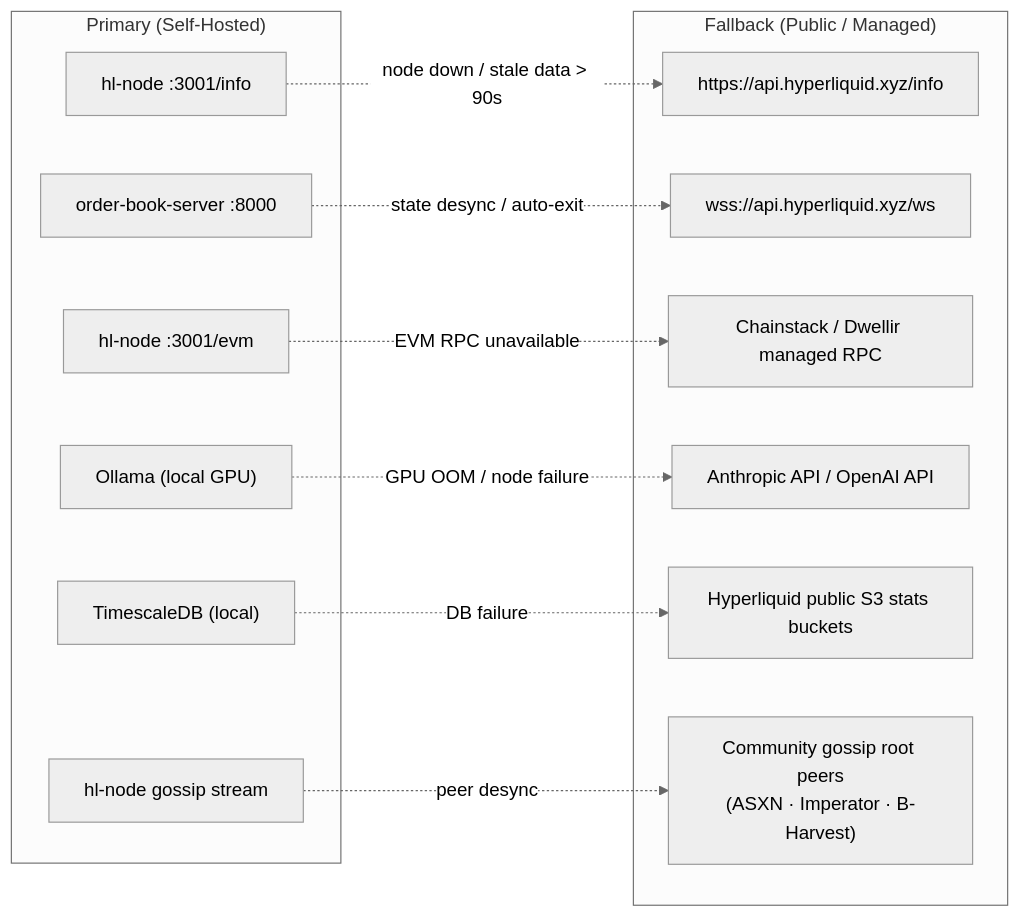
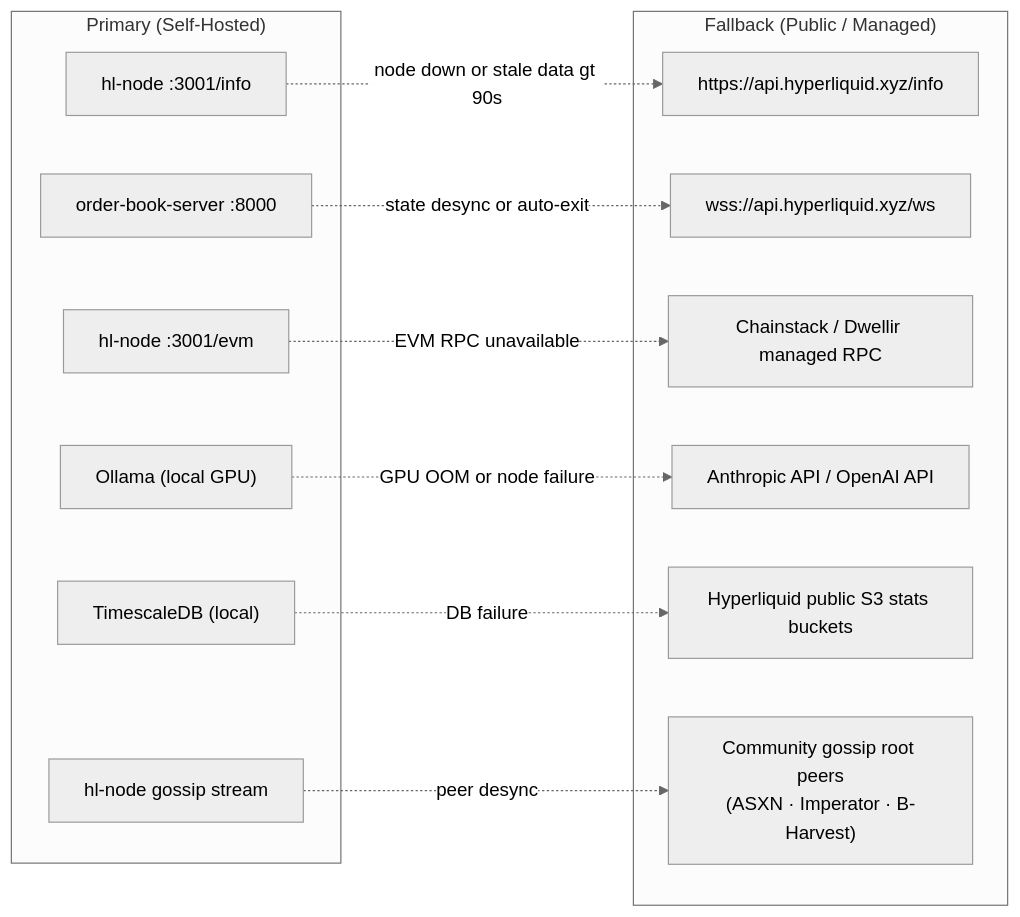
One commit to enuno/hyperliquid-trading-firm changed the ninth of 12 diagrams in docs/APP_INFRASTRUCTURE.md. Above: the diagram before and after it, drawn with Mermaid (neutral theme). The commit also changed other lines of this file, not shown here.

First line of the commit message:
fix: resolve Mermaid rendering errors in 8 diagrams

````diff
--- a/docs/APP_INFRASTRUCTURE.md
+++ b/docs/APP_INFRASTRUCTURE.md
@@ -626,27 +670,27 @@
 ```mermaid
 flowchart LR
     subgraph LOCAL["Primary (Self-Hosted)"]
         L1["hl-node :3001/info"]
         L2["order-book-server :8000"]
         L3["hl-node :3001/evm"]
         L4["Ollama (local GPU)"]
         L5["TimescaleDB (local)"]
         L6["hl-node gossip stream"]
     end
 
     subgraph FALLBACK["Fallback (Public / Managed)"]
         F1["https://api.hyperliquid.xyz/info"]
         F2["wss://api.hyperliquid.xyz/ws"]
         F3["Chainstack / Dwellir managed RPC"]
         F4["Anthropic API / OpenAI API"]
         F5["Hyperliquid public S3 stats buckets"]
         F6["Community gossip root peers\n(ASXN · Imperator · B-Harvest)"]
     end
 
-    L1 -."node down / stale data > 90s".-> F1
-    L2 -."state desync / auto-exit".-> F2
-    L3 -."EVM RPC unavailable".-> F3
-    L4 -."GPU OOM / node failure".-> F4
-    L5 -."DB failure".-> F5
-    L6 -."peer desync".-> F6
+    L1 -. "node down or stale data gt 90s" .-> F1
+    L2 -. "state desync or auto-exit" .-> F2
+    L3 -. "EVM RPC unavailable" .-> F3
+    L4 -. "GPU OOM or node failure" .-> F4
+    L5 -. "DB failure" .-> F5
+    L6 -. "peer desync" .-> F6
 ```
````
